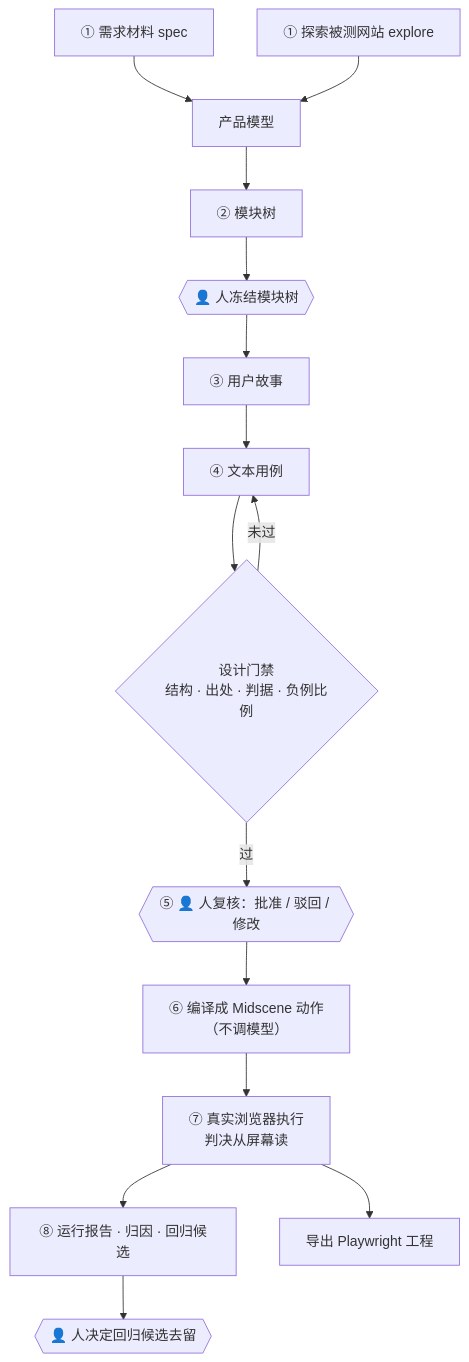
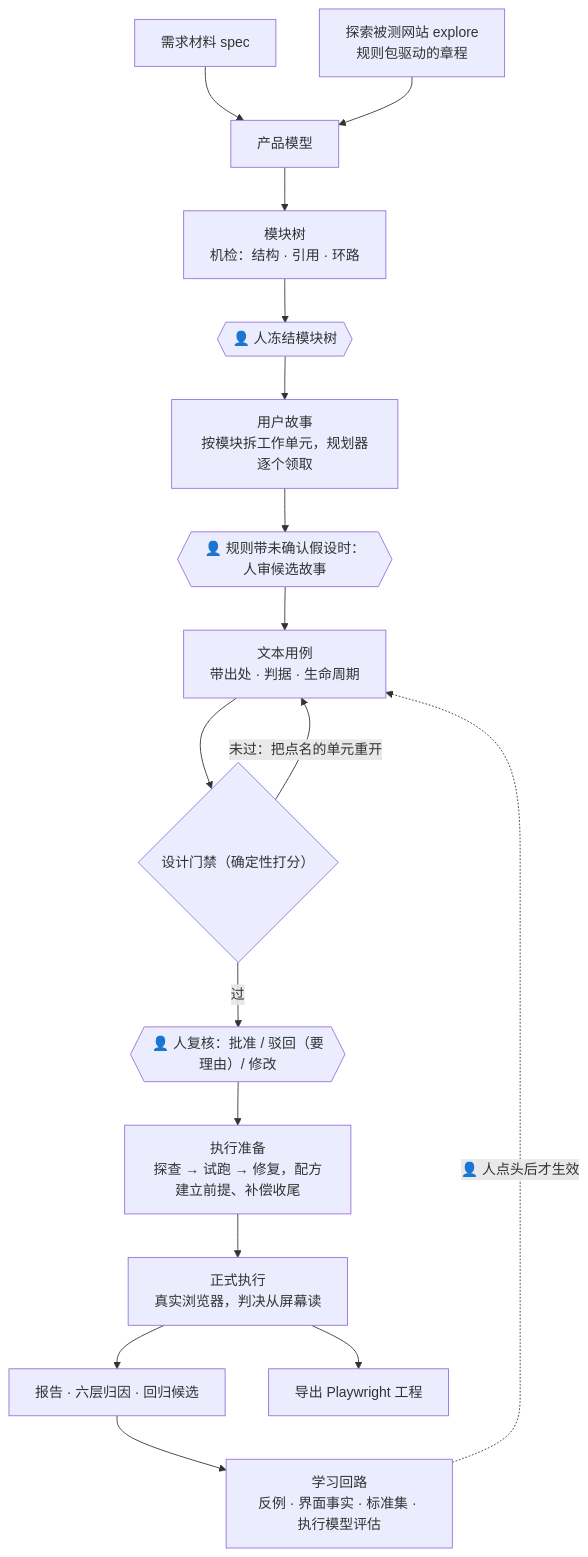
Before and after one commit to zyonlab/TestPilot: the first of 2 diagrams in README.md, drawn with Mermaid. The commit also changed other lines of this file and 1 other file, not shown here.

````diff
--- a/README.md
+++ b/README.md
@@ -55,17 +87,19 @@
 ```mermaid
 flowchart TD
-  S["① 需求材料 spec"] --> PM["产品模型"]
-  E["① 探索被测网站 explore"] --> PM
-  PM --> MT["② 模块树"]
+  S["需求材料 spec"] --> PM["产品模型"]
+  E["探索被测网站 explore<br/>规则包驱动的章程"] --> PM
+  PM --> MT["模块树<br/>机检：结构 · 引用 · 环路"]
   MT --> FZ{{"👤 人冻结模块树"}}
-  FZ --> ST["③ 用户故事"]
-  ST --> TC["④ 文本用例"]
-  TC --> G1{"设计门禁<br/>结构 · 出处 · 判据 · 负例比例"}
-  G1 -- 未过 --> TC
-  G1 -- 过 --> RV{{"⑤ 👤 人复核：批准 / 驳回 / 修改"}}
-  RV --> CG["⑥ 编译成 Midscene 动作<br/>（不调模型）"]
-  CG --> EX["⑦ 真实浏览器执行<br/>判决从屏幕读"]
-  EX --> RP["⑧ 运行报告 · 归因 · 回归候选"]
+  FZ --> ST["用户故事<br/>按模块拆工作单元，规划器逐个领取"]
+  ST --> SR{{"👤 规则带未确认假设时：人审候选故事"}}
+  SR --> TC["文本用例<br/>带出处 · 判据 · 生命周期"]
+  TC --> G1{"设计门禁（确定性打分）"}
+  G1 -- "未过：把点名的单元重开" --> TC
+  G1 -- 过 --> RV{{"👤 人复核：批准 / 驳回（要理由）/ 修改"}}
+  RV --> PR["执行准备<br/>探查 → 试跑 → 修复，配方建立前提、补偿收尾"]
+  PR --> EX["正式执行<br/>真实浏览器，判决从屏幕读"]
+  EX --> RP["报告 · 六层归因 · 回归候选"]
   EX --> PW["导出 Playwright 工程"]
-  RP --> RG{{"👤 人决定回归候选去留"}}
+  RP --> LR["学习回路<br/>反例 · 界面事实 · 标准集 · 执行模型评估"]
+  LR -.->|"👤 人点头后才生效"| TC
 ```
````
